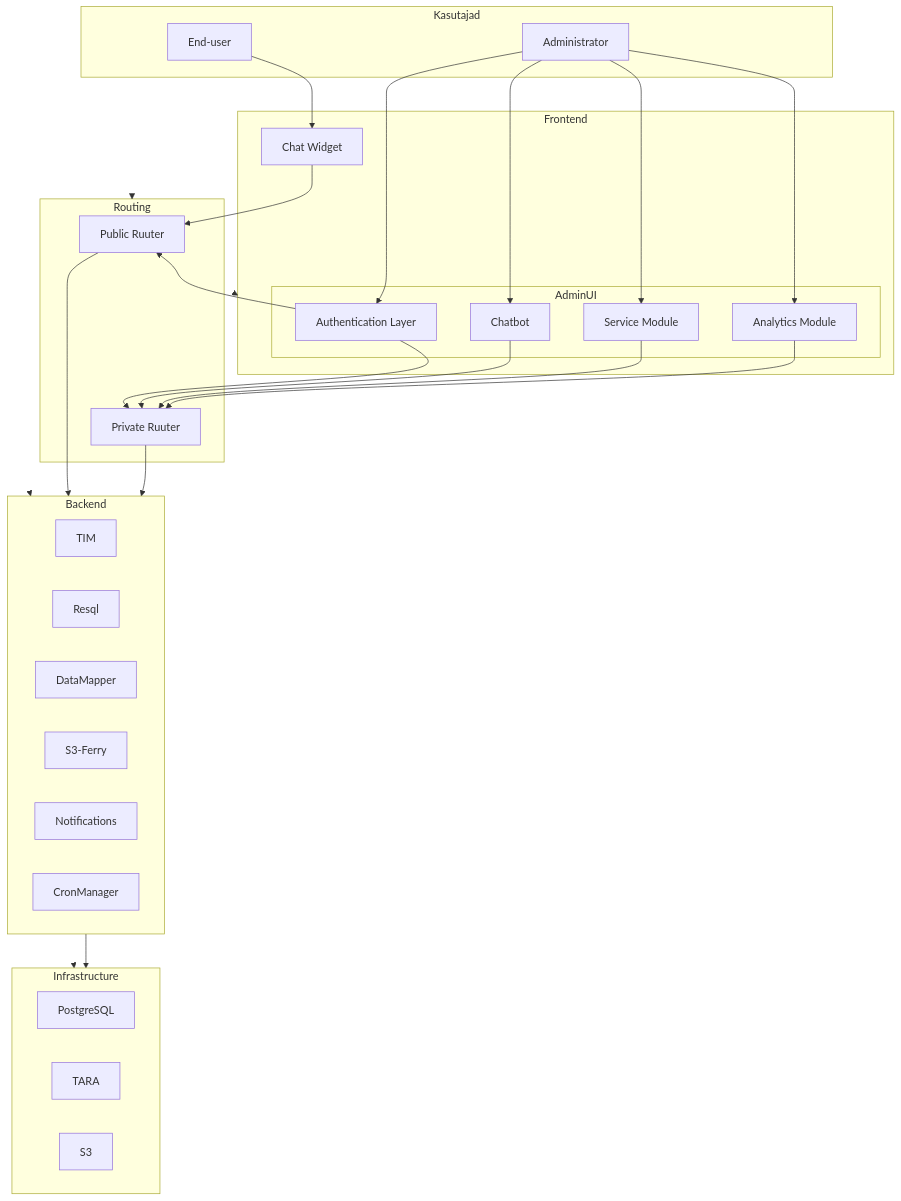
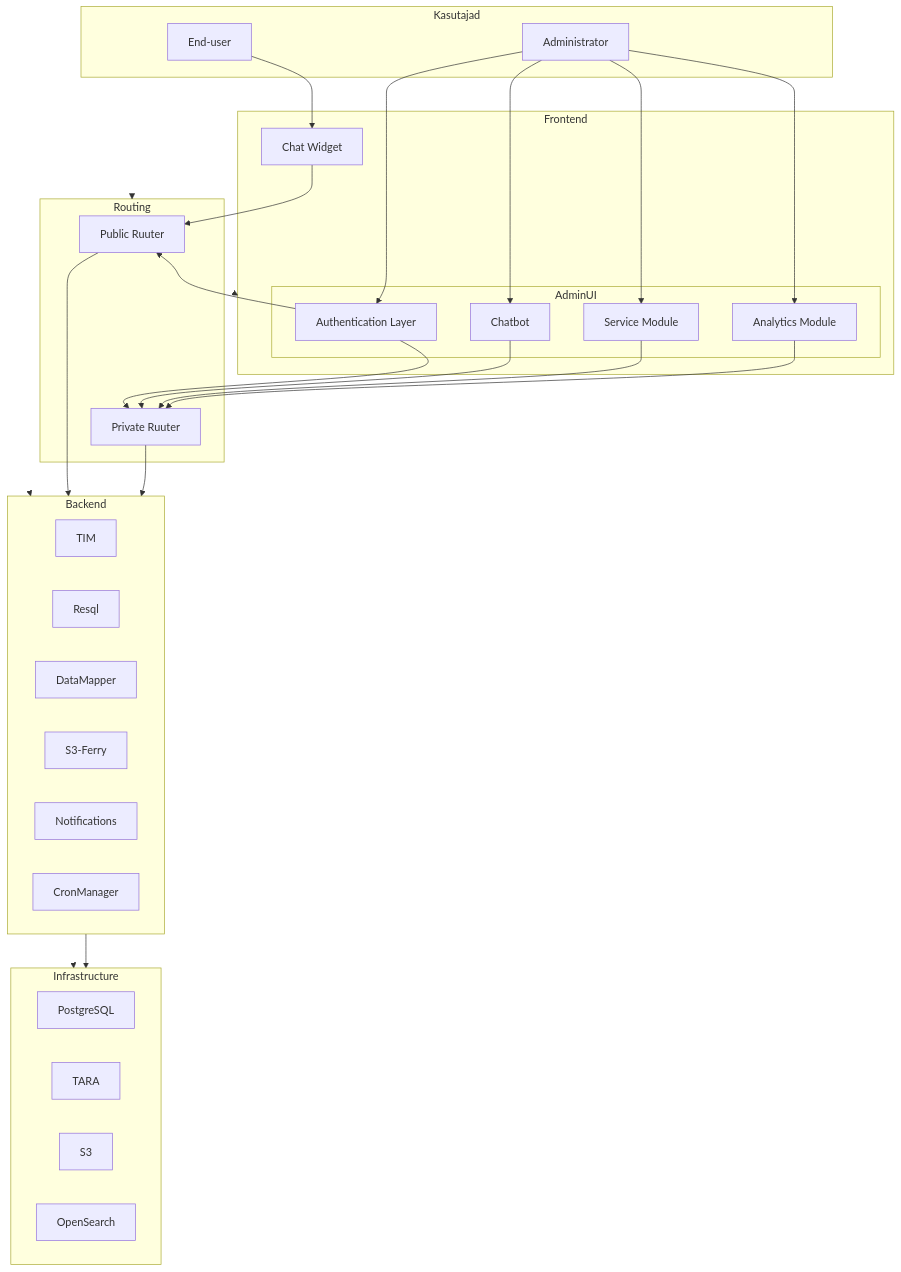
One commit to varmoh/documentation changed the diagram in archidecture/byk/01-high-level-architecture.md. Above: the diagram before and after it, drawn with Mermaid.

Commit message:
Add OpenSearch to high-level architecture diagram

````diff
--- a/archidecture/byk/01-high-level-architecture.md
+++ b/archidecture/byk/01-high-level-architecture.md
@@ -36,68 +36,69 @@
 ```mermaid
 flowchart TB
 
 subgraph Kasutajad
     Citizen["End-user"]
     Admin["Administrator"]
 end
 
 subgraph Routing
     Public["Public Ruuter"]
     Private["Private Ruuter"]
 end
 
 subgraph Frontend
     Widget["Chat Widget"]
 
     subgraph AdminUI
         Auth["Authentication Layer"]
         Chatbot["Chatbot"]
         Service["Service Module"]
         Analytics["Analytics Module"]
     end
 end
 
 subgraph Backend
     TIM
     Resql
     DataMapper
     S3Ferry["S3-Ferry"]
     Notifications
     CronManager
 end
 
 subgraph Infrastructure
     PostgreSQL
     TARA
     S3
+    OpenSearch
 end
 
 %% Paigutus
 Kasutajad --> Routing
 Routing --> Frontend
 Frontend --> Backend
 Backend --> Infrastructure
 
 Citizen --> Widget
 Widget --> Public
 
 Admin --> Auth
 Auth --> Public
 Auth --> Private
 
 Admin --> Chatbot
 Admin --> Service
 Admin --> Analytics
 
 Chatbot --> Private
 Service --> Private
 Analytics --> Private
 
 Public --> Backend
 Private --> Backend
 
 Backend --> Infrastructure
 
 %% Peida paigutuslingid
 linkStyle 0,1,2,3 stroke-width:0px;
 ```
````
